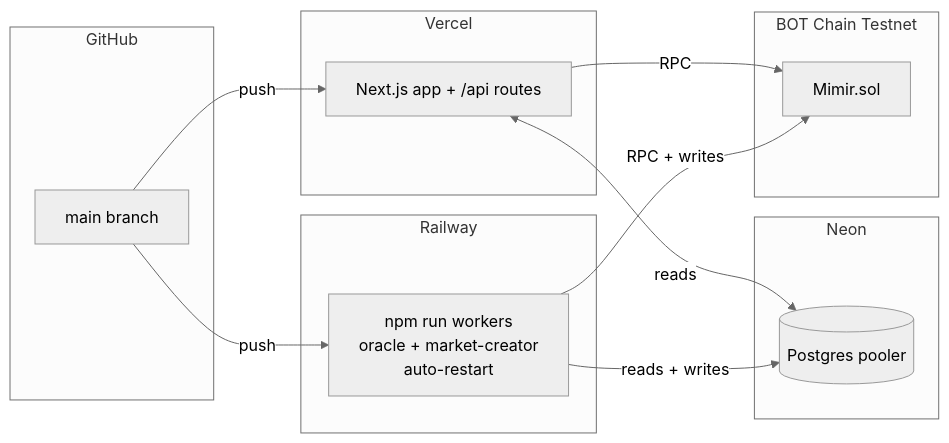
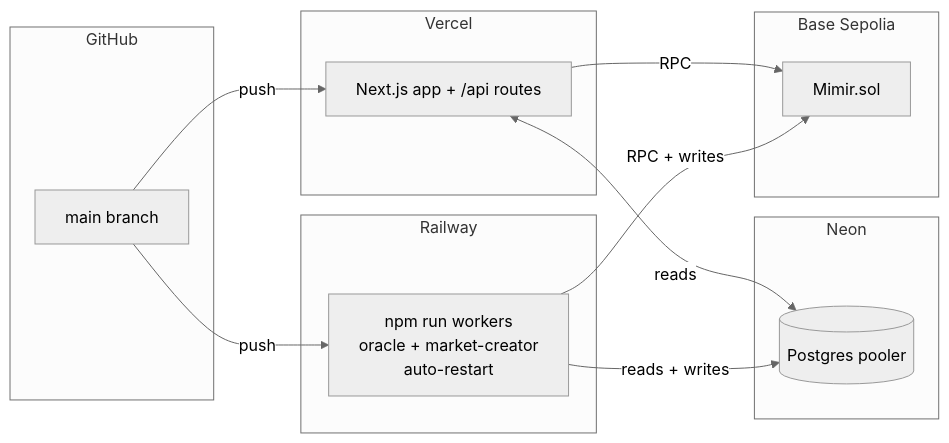
One commit to enliven17/mimir-base changed diagram 11 of 11 in README.md. Above: the diagram before and after it, drawn with Mermaid (neutral theme). The commit also changed other lines of this file and 3 other files, not shown here.

````diff
--- a/README.md
+++ b/README.md
@@ -585,29 +609,29 @@
 ```mermaid
 flowchart LR
     subgraph github[GitHub]
         REPO[main branch]
     end
 
     subgraph vercel[Vercel]
         FE[Next.js app + /api routes]
     end
 
     subgraph railway[Railway]
         WK[npm run workers<br/>oracle + market-creator<br/>auto-restart]
     end
 
     subgraph neon[Neon]
         DB[(Postgres pooler)]
     end
 
-    subgraph botchain[BOT Chain Testnet]
+    subgraph base[Base Sepolia]
         CT[Mimir.sol]
     end
 
     REPO -->|push| FE
     REPO -->|push| WK
     FE <-->|reads| DB
     WK -->|reads + writes| DB
     FE -->|RPC| CT
     WK -->|RPC + writes| CT
 ```
````
